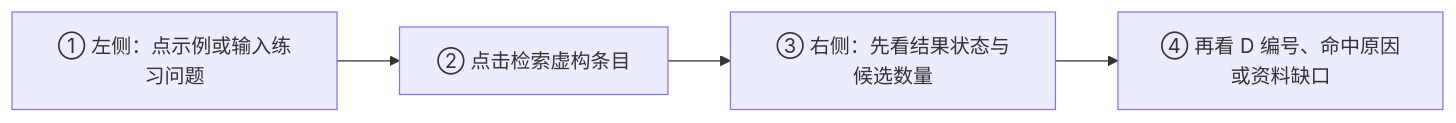
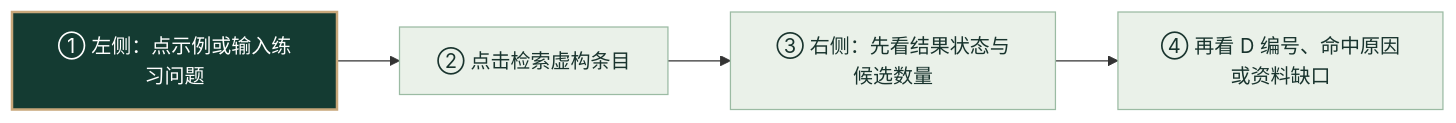
The first of 2 diagrams in docs/quickstart.md (ghgg25043-byte/building-code-assistant), drawn with Mermaid before and after one commit. The commit also changed other lines of this file and 4 other files, not shown here.

````diff
--- a/docs/quickstart.md
+++ b/docs/quickstart.md
@@ -9,6 +9,10 @@
 ```mermaid
 flowchart LR
     A["① 左侧：点示例或输入练习问题"] --> B["② 点击检索虚构条目"]
     B --> C["③ 右侧：先看结果状态与候选数量"]
     C --> D["④ 再看 D 编号、命中原因或资料缺口"]
+    classDef start fill:#143B32,stroke:#C8A77A,color:#FFFFFF,stroke-width:2px
+    classDef step fill:#EAF1E9,stroke:#9BBBA3,color:#19342E
+    class A start
+    class B,C,D step
 ```
````
